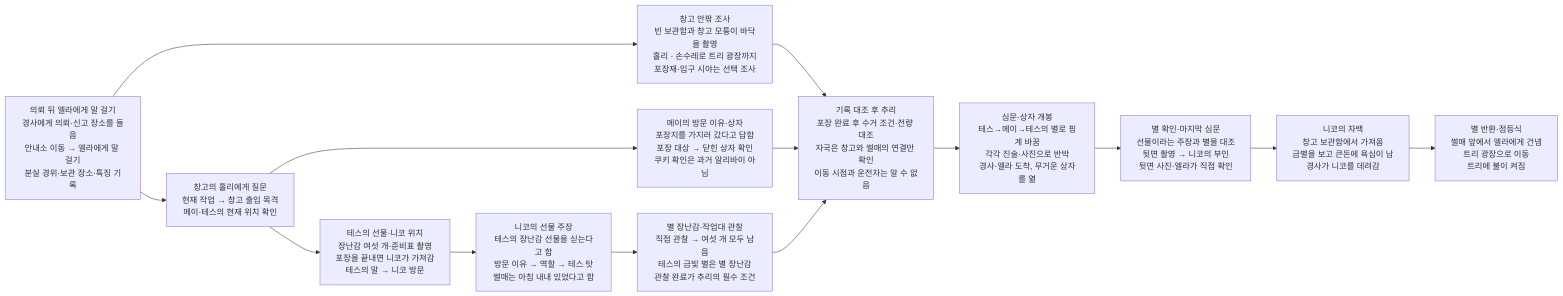
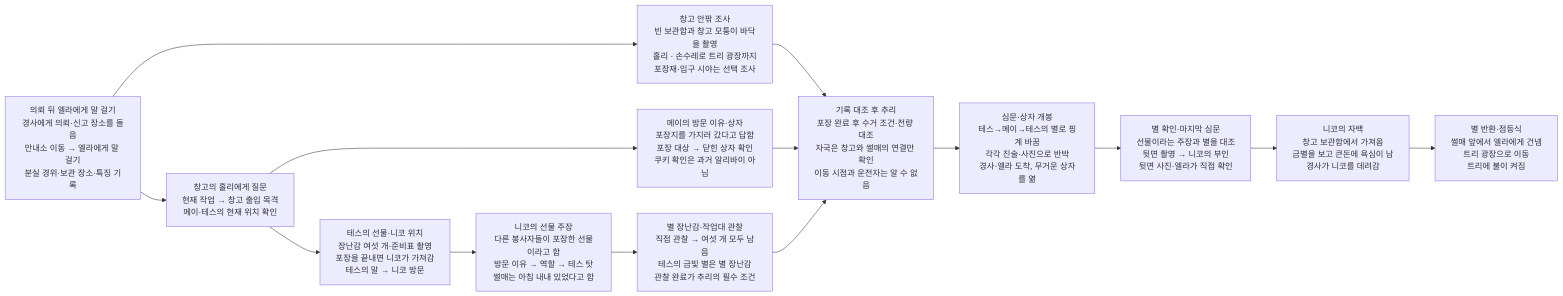
One commit to wonny95/detective-v2 changed the second of 2 diagrams in design/case-10-christmas-star.md. Above: the diagram before and after it, drawn with Mermaid. The commit also changed other lines of this file and 3 other files, not shown here.

````diff
--- a/design/case-10-christmas-star.md
+++ b/design/case-10-christmas-star.md
@@ -49,28 +49,28 @@
 ```mermaid
 flowchart LR
     s1["의뢰 뒤 엘라에게 말 걸기<br/>경사에게 의뢰·신고 장소를 들음<br/>안내소 이동 → 엘라에게 말 걸기<br/>분실 경위·보관 장소·특징 기록"]
     s2["창고의 홀리에게 질문<br/>현재 작업 → 창고 출입 목격<br/>메이·테스의 현재 위치 확인"]
     s3["창고 안팎 조사<br/>빈 보관함과 창고 모퉁이 바닥을 촬영<br/>홀리 · 손수레로 트리 광장까지<br/>포장재·입구 시야는 선택 조사"]
     s4["메이의 방문 이유·상자<br/>포장지를 가지러 갔다고 답함<br/>포장 대상 → 닫힌 상자 확인<br/>쿠키 확인은 과거 알리바이 아님"]
     s5["테스의 선물·니코 위치<br/>장난감 여섯 개·준비표 촬영<br/>포장을 끝내면 니코가 가져감<br/>테스의 말 → 니코 방문"]
-    s6["니코의 선물 주장<br/>테스의 장난감 선물을 싣는다고 함<br/>방문 이유 → 역할 → 테스 탓<br/>썰매는 아침 내내 있었다고 함"]
+    s6["니코의 선물 주장<br/>다른 봉사자들이 포장한 선물이라고 함<br/>방문 이유 → 역할 → 테스 탓<br/>썰매는 아침 내내 있었다고 함"]
     s7["별 장난감·작업대 관찰<br/>직접 관찰 → 여섯 개 모두 남음<br/>테스의 금빛 별은 별 장난감<br/>관찰 완료가 추리의 필수 조건"]
     s8["기록 대조 후 추리<br/>포장 완료 후 수거 조건·전량 대조<br/>자국은 창고와 썰매의 연결만 확인<br/>이동 시점과 운전자는 알 수 없음"]
     s9["심문·상자 개봉<br/>테스→메이→테스의 별로 핑계 바꿈<br/>각각 진술·사진으로 반박<br/>경사·엘라 도착, 무거운 상자를 엶"]
     s10["별 확인·마지막 심문<br/>선물이라는 주장과 별을 대조<br/>뒷면 촬영 → 니코의 부인<br/>뒷면 사진·엘라가 직접 확인"]
     s11["니코의 자백<br/>창고 보관함에서 가져옴<br/>금별을 보고 큰돈에 욕심이 남<br/>경사가 니코를 데려감"]
     s12["별 반환·점등식<br/>썰매 앞에서 엘라에게 건넴<br/>트리 광장으로 이동<br/>트리에 불이 켜짐"]
     s1 --> s2
     s1 --> s3
     s2 --> s4
     s2 --> s5
     s3 --> s8
     s4 --> s8
     s5 --> s6
     s6 --> s7
     s7 --> s8
     s8 --> s9
     s9 --> s10
     s10 --> s11
     s11 --> s12
 ```
````
